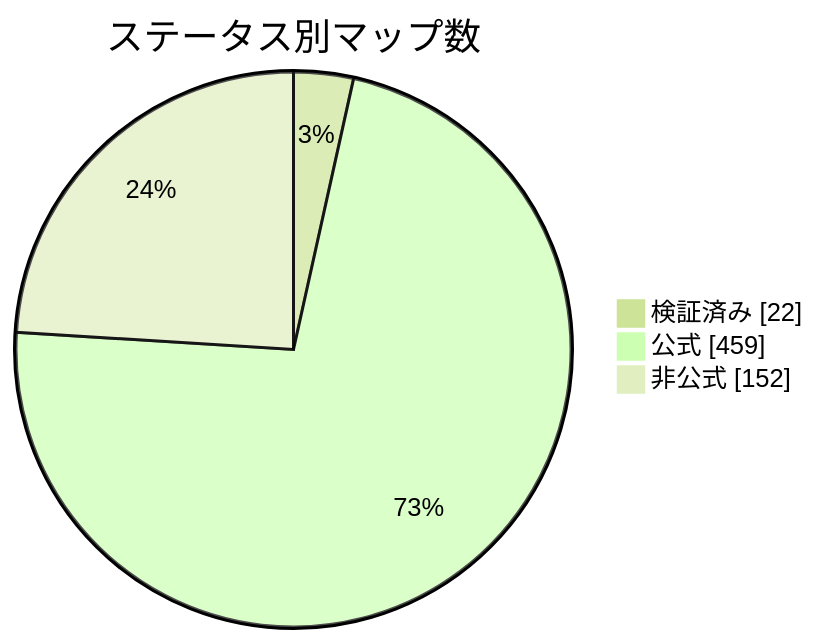
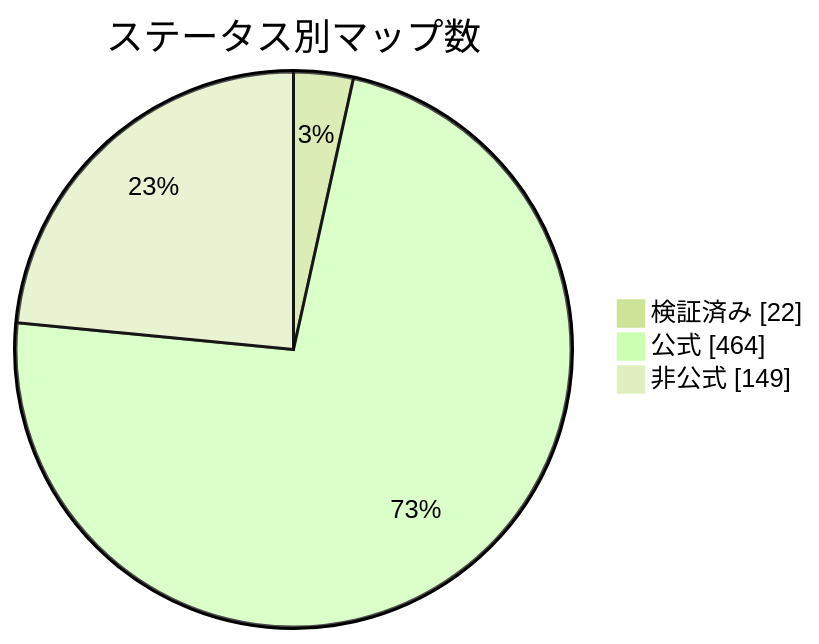
Before and after one commit to nobrega8/mbmap-library: the diagram in docs/readme/README_JP.md, drawn with Mermaid (forest theme). The commit also changed 4 other files, not shown here.

````diff
--- a/docs/readme/README_JP.md
+++ b/docs/readme/README_JP.md
@@ -54,7 +54,7 @@
 ```mermaid
 pie showData
     title ステータス別マップ数
     "検証済み" : 22
-    "公式" : 459
-    "非公式" : 152
+    "公式" : 464
+    "非公式" : 149
 ```
````
